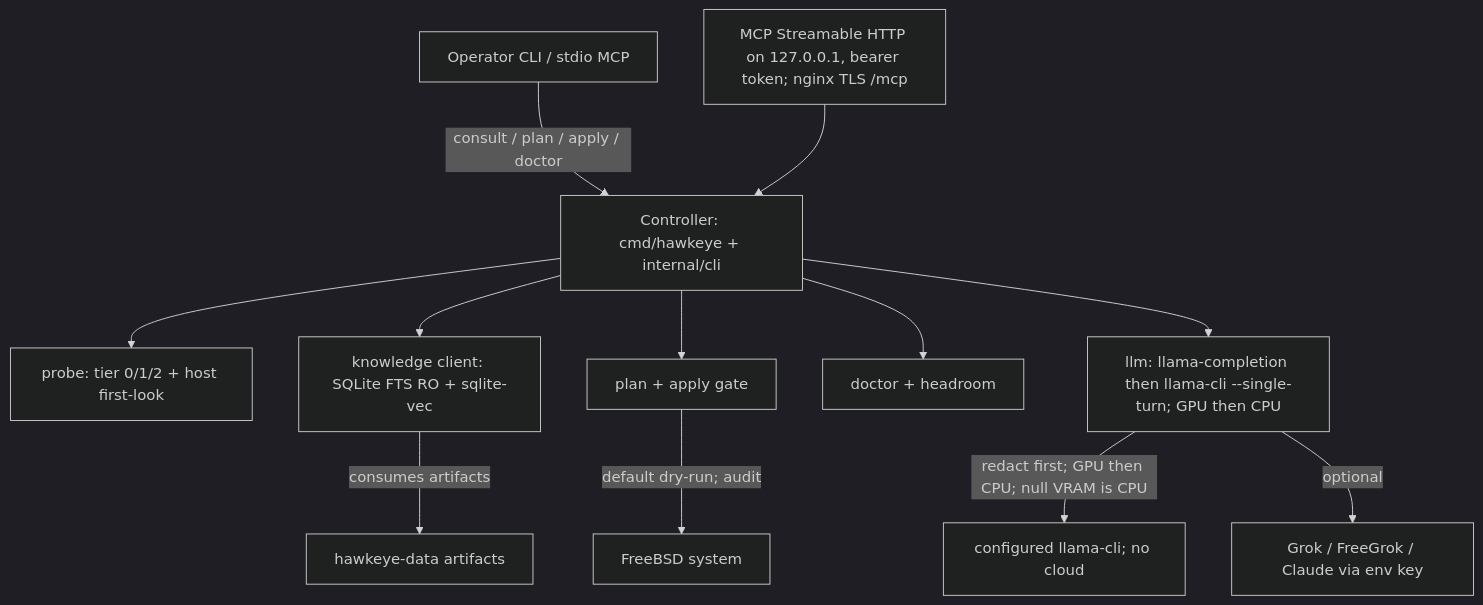
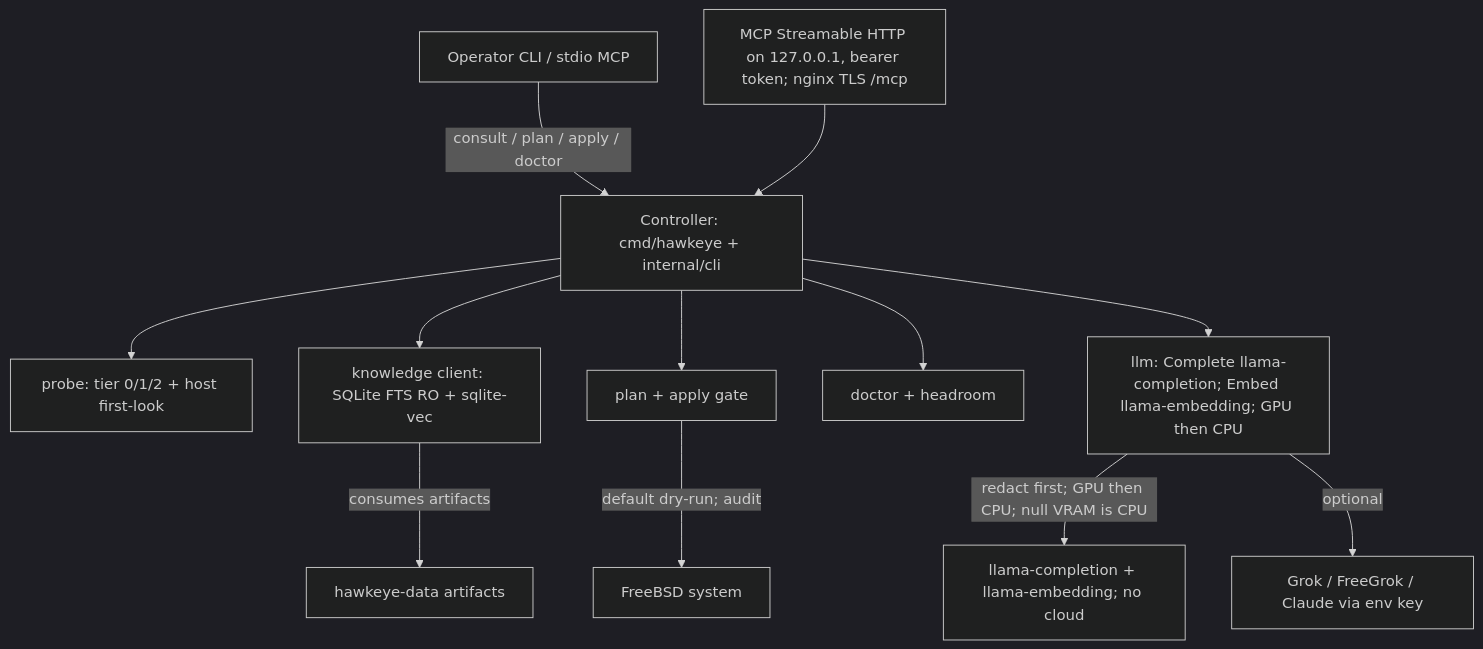
One commit to revytechinc/hawkeye changed the first of 5 diagrams in docs/ARCHITECTURE.md. Above: the diagram before and after it, drawn with Mermaid (dark theme). The commit also changed 10 other files, not shown here.

First line of the commit message:
Use llama-embedding for consult vec rank, not llama-completion (#26)

````diff
--- a/docs/ARCHITECTURE.md
+++ b/docs/ARCHITECTURE.md
@@ -14,14 +14,14 @@
 ```mermaid
 flowchart TD
     Operator["Operator CLI / stdio MCP"] -->|"consult / plan / apply / doctor"| CLI["Controller: cmd/hawkeye + internal/cli"]
     MCPHTTP["MCP Streamable HTTP on 127.0.0.1, bearer token; nginx TLS /mcp"] --> CLI
     CLI --> Probe["probe: tier 0/1/2 + host first-look"]
     CLI --> Knowledge["knowledge client: SQLite FTS RO + sqlite-vec"]
     CLI --> PlanApply["plan + apply gate"]
     CLI --> Doctor["doctor + headroom"]
-    CLI --> LLM["llm: llama-completion then llama-cli --single-turn; GPU then CPU"]
+    CLI --> LLM["llm: Complete llama-completion; Embed llama-embedding; GPU then CPU"]
     Knowledge -->|"consumes artifacts"| DataRepo["hawkeye-data artifacts"]
     PlanApply -->|"default dry-run; audit"| System["FreeBSD system"]
-    LLM -->|"redact first; GPU then CPU; null VRAM is CPU"| LocalBin["configured llama-cli; no cloud"]
+    LLM -->|"redact first; GPU then CPU; null VRAM is CPU"| LocalBin["llama-completion + llama-embedding; no cloud"]
     LLM -->|"optional"| Remote["Grok / FreeGrok / Claude via env key"]
 ```
````
